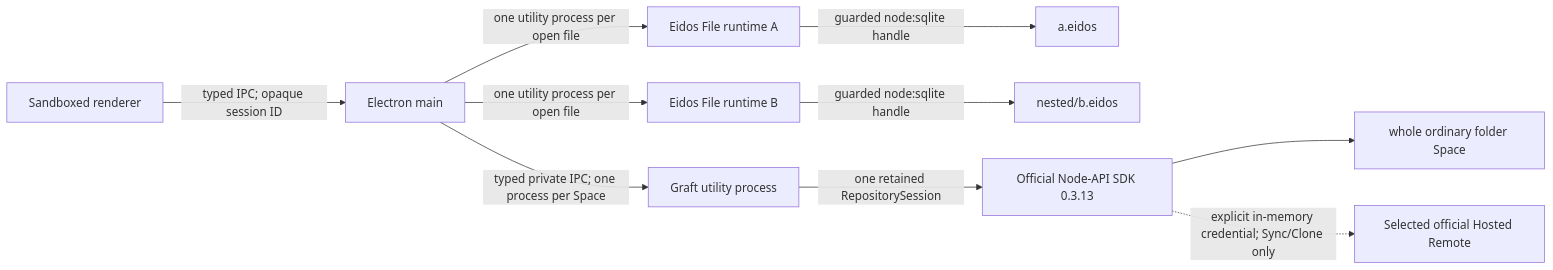
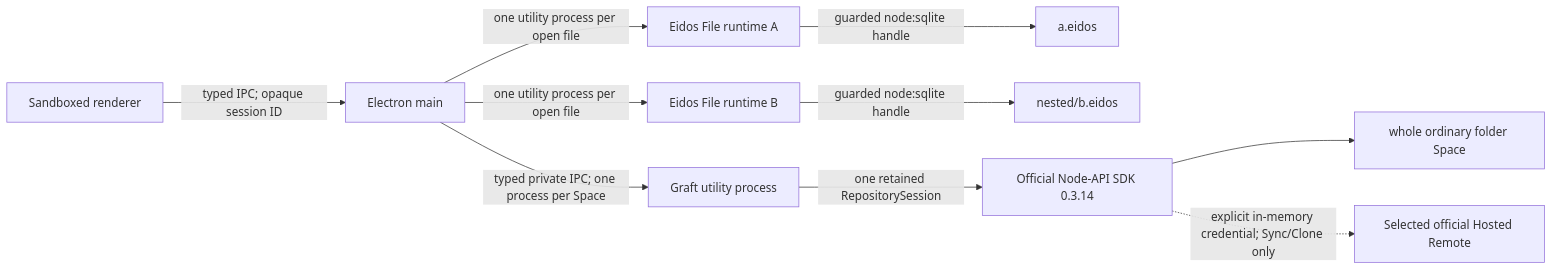
One commit to mayneyao/eidos changed the first of 3 diagrams in apps/eidos-lite-desktop/docs/ARCHITECTURE.md. Above: the diagram before and after it, drawn with Mermaid. The commit also changed other lines of this file and 16 other files, not shown here.

````diff
--- a/apps/eidos-lite-desktop/docs/ARCHITECTURE.md
+++ b/apps/eidos-lite-desktop/docs/ARCHITECTURE.md
@@ -58,12 +58,12 @@
 ```mermaid
 flowchart LR
   R["Sandboxed renderer"] -->|"typed IPC; opaque session ID"| M["Electron main"]
   M -->|"one utility process per open file"| F1["Eidos File runtime A"]
   M -->|"one utility process per open file"| F2["Eidos File runtime B"]
   F1 -->|"guarded node:sqlite handle"| E1["a.eidos"]
   F2 -->|"guarded node:sqlite handle"| E2["nested/b.eidos"]
   M -->|"typed private IPC; one process per Space"| G["Graft utility process"]
-  G -->|"one retained RepositorySession"| N["Official Node-API SDK 0.3.13"]
+  G -->|"one retained RepositorySession"| N["Official Node-API SDK 0.3.14"]
   N --> S["whole ordinary folder Space"]
   N -. "explicit in-memory credential; Sync/Clone only" .-> H["Selected official Hosted Remote"]
 ```
````
